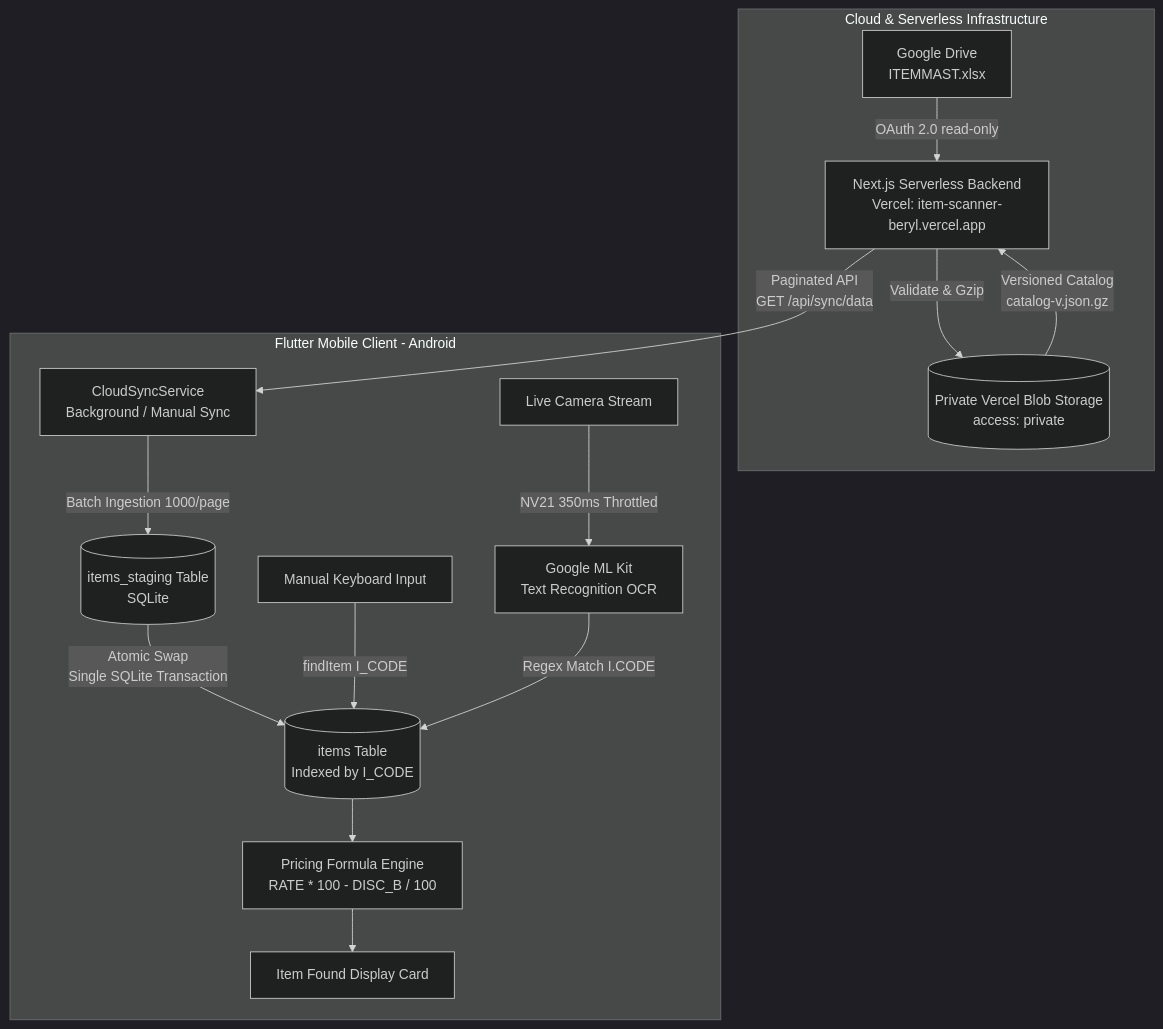
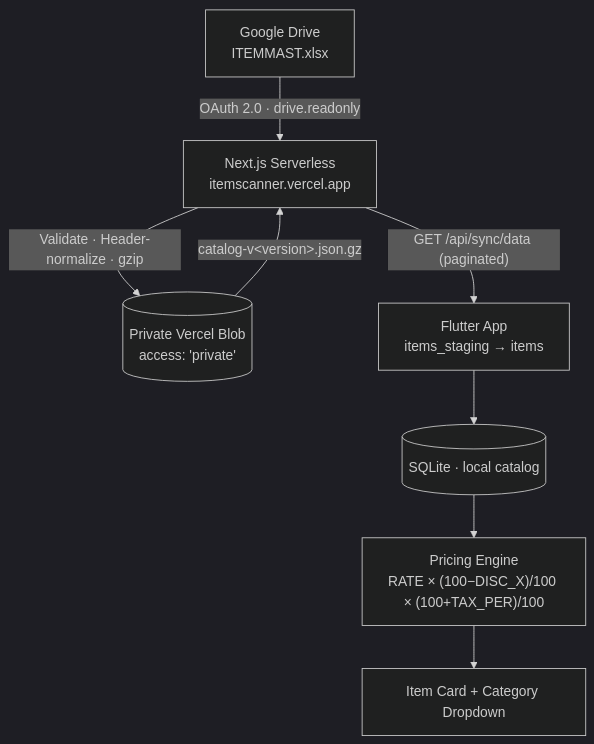
One commit to karamveersingh22/item-scanner changed the diagram in APP_DOCUMENTATION.md. Above: the diagram before and after it, drawn with Mermaid (dark theme). The commit also changed other lines of this file and 3 other files, not shown here.

````diff
--- a/APP_DOCUMENTATION.md
+++ b/APP_DOCUMENTATION.md
@@ -59,21 +72,10 @@
 ```mermaid
 flowchart TD
-    subgraph Cloud [Cloud & Serverless Infrastructure]
-        GDrive[Google Drive\nITEMMAST.xlsx] -->|OAuth 2.0 read-only| NextBackend[Next.js Serverless Backend\nVercel: item-scanner-beryl.vercel.app]
-        NextBackend -->|Validate & Gzip| BlobStorage[(Private Vercel Blob Storage\naccess: private)]
-        BlobStorage -->|Versioned Catalog\ncatalog-v<version>.json.gz| NextBackend
-    end
-
-    subgraph Mobile [Flutter Mobile Client - Android]
-        NextBackend -->|Paginated API\nGET /api/sync/data| CloudSync[CloudSyncService\nBackground / Manual Sync]
-        CloudSync -->|Batch Ingestion 1000/page| StagingTable[(items_staging Table\nSQLite)]
-        StagingTable -->|Atomic Swap\nSingle SQLite Transaction| ActiveTable[(items Table\nIndexed by I_CODE)]
-        
-        SearchInput[Manual Keyboard Input] -->|findItem I_CODE| ActiveTable
-        CameraFeed[Live Camera Stream] -->|NV21 350ms Throttled| MLKit[Google ML Kit\nText Recognition OCR]
-        MLKit -->|Regex Match I.CODE| ActiveTable
-        
-        ActiveTable --> CalcEngine[Pricing Formula Engine\nRATE * 100 - DISC_B / 100]
-        CalcEngine --> ItemCard[Item Found Display Card]
-    end
+    GDrive["Google Drive<br/>ITEMMAST.xlsx"] -->|"OAuth 2.0 · drive.readonly"| API["Next.js Serverless<br/>itemscanner.vercel.app"]
+    API -->|"Validate · Header-normalize · gzip"| Blob[("Private Vercel Blob<br/>access: 'private'")]
+    Blob -->|"catalog-v&lt;version&gt;.json.gz"| API
+    API -->|"GET /api/sync/data (paginated)"| App["Flutter App<br/>items_staging → items"]
+    App --> SQLite[("SQLite · local catalog")]
+    SQLite --> Pricing["Pricing Engine<br/>RATE × (100−DISC_X)/100 × (100+TAX_PER)/100"]
+    Pricing --> Card["Item Card + Category Dropdown"]
 ```
````
